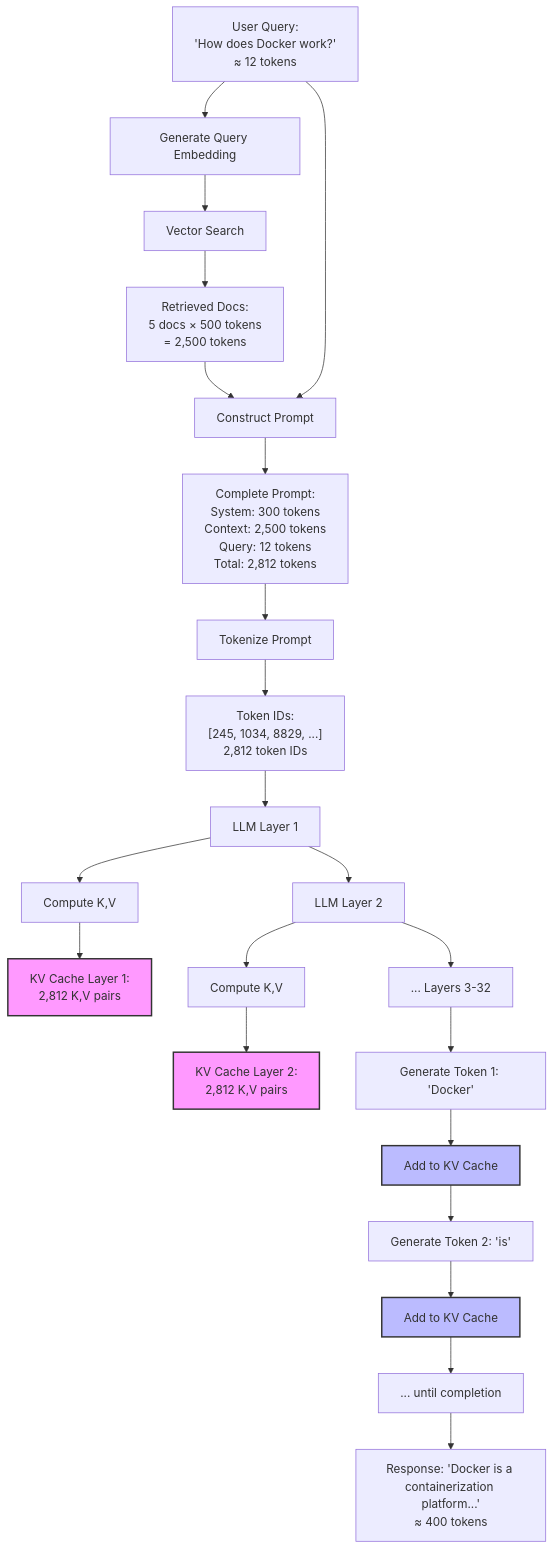
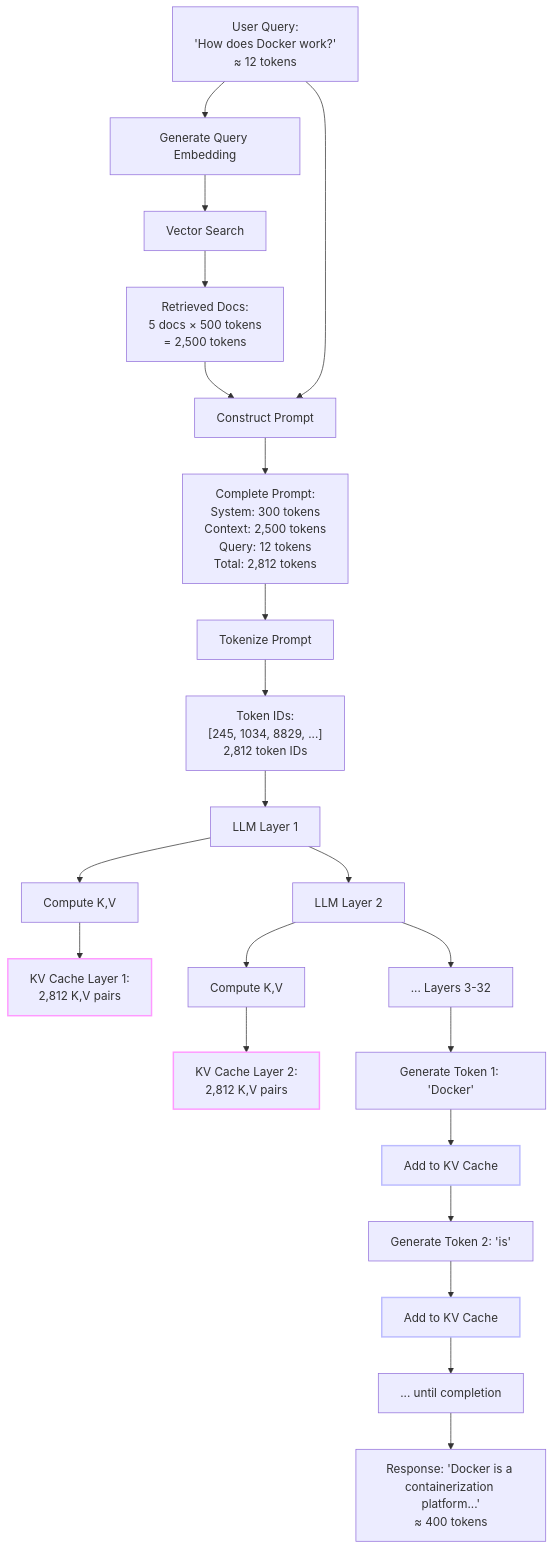
Before and after one commit to Shaddix/mostlylucidweb: the eighth of 9 diagrams in Mostlylucid/Markdown/rag-primer.md, drawn with Mermaid. The commit also changed other lines of this file and 7 other files, not shown here.

````diff
--- a/Mostlylucid/Markdown/rag-primer.md
+++ b/Mostlylucid/Markdown/rag-primer.md
@@ -1036,38 +1092,38 @@
 ```mermaid
 flowchart TB
     A[User Query:<br/>'How does Docker work?'<br/>≈ 12 tokens] --> B[Generate Query Embedding]
 
     B --> C[Vector Search]
     C --> D[Retrieved Docs:<br/>5 docs × 500 tokens<br/>= 2,500 tokens]
 
     D --> E[Construct Prompt]
     A --> E
 
     E --> F["Complete Prompt:<br/>System: 300 tokens<br/>Context: 2,500 tokens<br/>Query: 12 tokens<br/>Total: 2,812 tokens"]
 
     F --> G[Tokenize Prompt]
     G --> H["Token IDs:<br/>[245, 1034, 8829, ...]<br/>2,812 token IDs"]
 
     H --> I[LLM Layer 1]
     I --> J[Compute K,V]
     J --> K[KV Cache Layer 1:<br/>2,812 K,V pairs]
 
     I --> L[LLM Layer 2]
     L --> M[Compute K,V]
     M --> N[KV Cache Layer 2:<br/>2,812 K,V pairs]
 
     L --> O[... Layers 3-32]
     O --> P[Generate Token 1: 'Docker']
 
     P --> Q[Add to KV Cache]
     Q --> R[Generate Token 2: 'is']
     R --> S[Add to KV Cache]
     S --> T[... until completion]
 
     T --> U["Response: 'Docker is a containerization platform...'<br/>≈ 400 tokens"]
 
-    style K fill:#f9f,stroke:#333,stroke-width:2px
-    style N fill:#f9f,stroke:#333,stroke-width:2px
-    style Q fill:#bbf,stroke:#333,stroke-width:2px
-    style S fill:#bbf,stroke:#333,stroke-width:2px
+    style K stroke:#f9f,stroke-width:2px
+    style N stroke:#f9f,stroke-width:2px
+    style Q stroke:#bbf,stroke-width:2px
+    style S stroke:#bbf,stroke-width:2px
 ```
````
